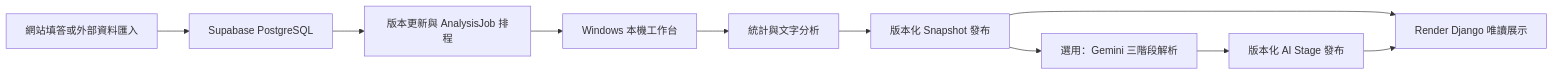
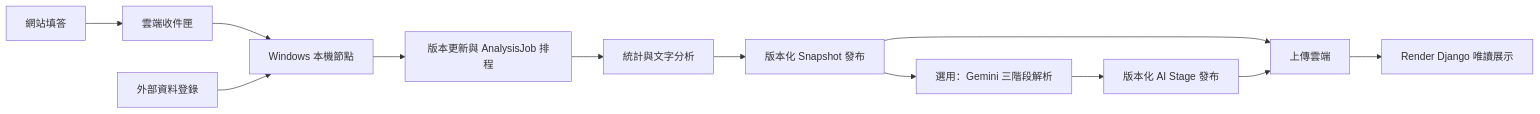
The diagram in README.md (arvin85113/feedback-insight-hub-ai), drawn with Mermaid before and after one commit. The commit also changed other lines of this file and 14 other files, not shown here.

````diff
--- a/README.md
+++ b/README.md
@@ -26,12 +26,14 @@
 ```mermaid
 flowchart LR
-    A[網站填答或外部資料匯入] --> B[Supabase PostgreSQL]
-    B --> C[版本更新與 AnalysisJob 排程]
-    C --> D[Windows 本機工作台]
-    D --> E[統計與文字分析]
+    A[網站填答] --> B[雲端收件匣]
+    B --> D[Windows 本機節點]
+    X[外部資料登錄] --> D
+    D --> C[版本更新與 AnalysisJob 排程]
+    C --> E[統計與文字分析]
     E --> F[版本化 Snapshot 發布]
     F --> G[選用：Gemini 三階段解析]
     G --> H[版本化 AI Stage 發布]
-    F --> I[Render Django 唯讀展示]
-    H --> I
+    F --> U[上傳雲端]
+    H --> U
+    U --> I[Render Django 唯讀展示]
 ```
````
